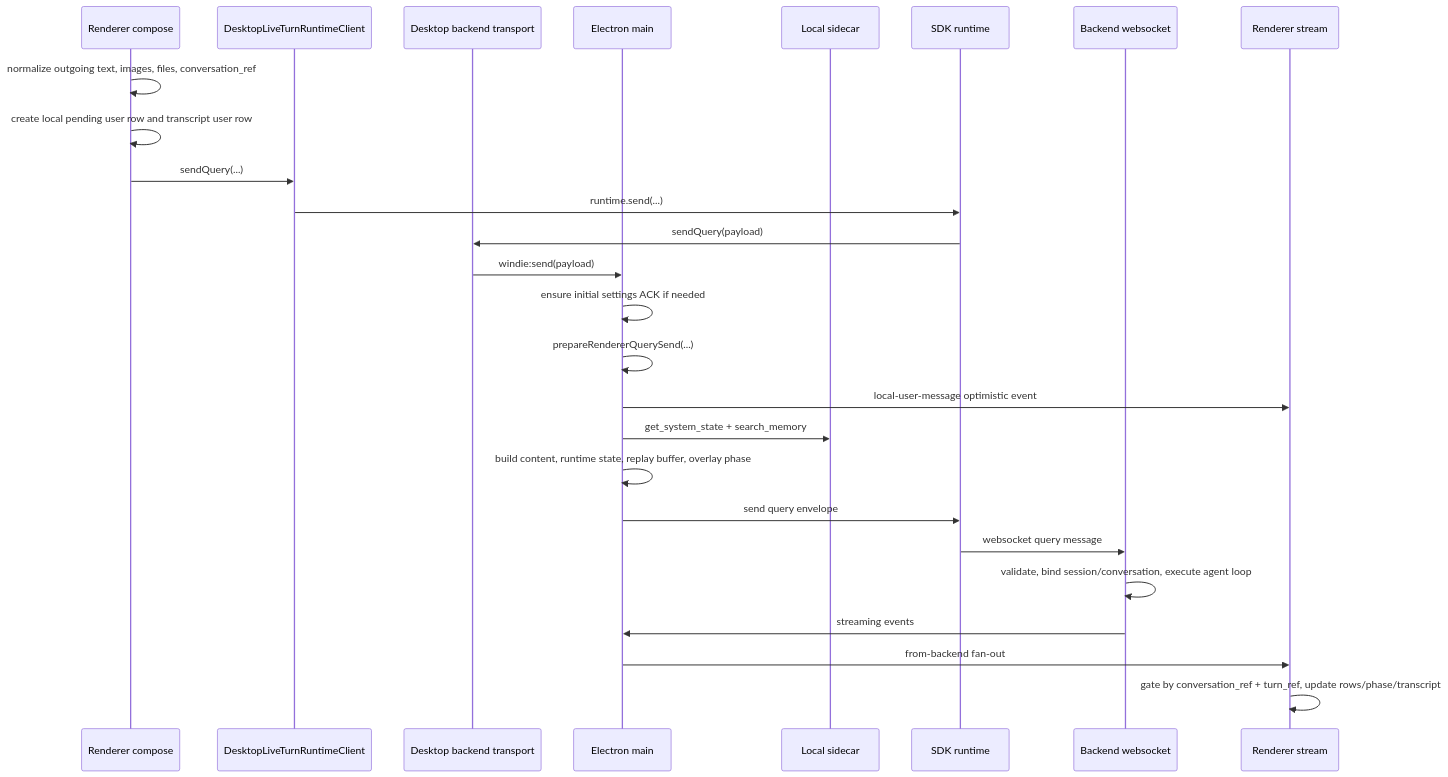
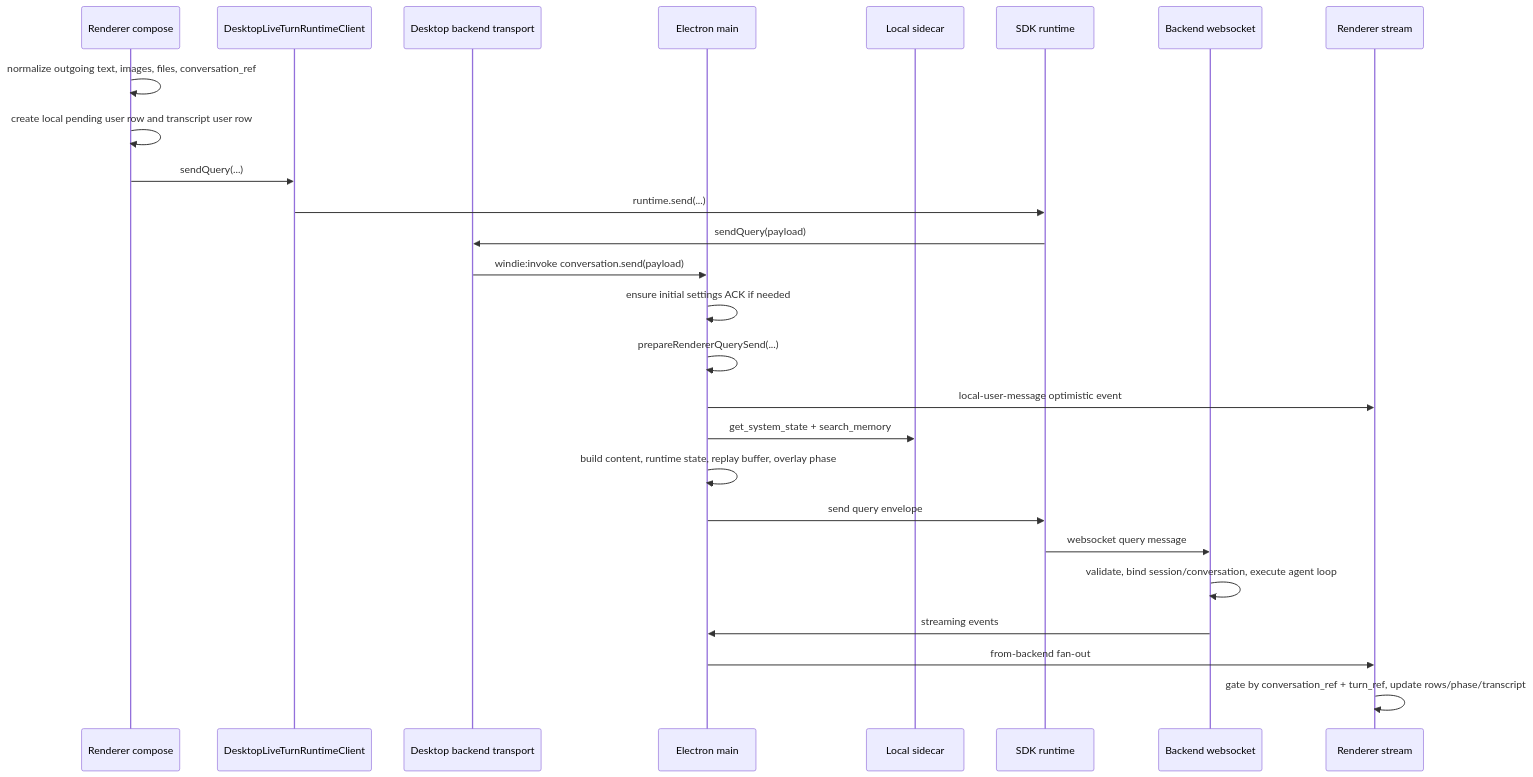
One commit to buiilding/My_Own_OpenClaw changed the diagram in docs/frontend/main/query_send_and_stream_relay_change_workflow.md. Above: the diagram before and after it, drawn with Mermaid. The commit also changed other lines of this file and 23 other files, not shown here.

````diff
--- a/docs/frontend/main/query_send_and_stream_relay_change_workflow.md
+++ b/docs/frontend/main/query_send_and_stream_relay_change_workflow.md
@@ -57,29 +57,29 @@
 ```mermaid
 sequenceDiagram
     participant R as Renderer compose
     participant A as DesktopLiveTurnRuntimeClient
     participant T as Desktop backend transport
     participant M as Electron main
     participant L as Local sidecar
     participant SDK as SDK runtime
     participant B as Backend websocket
     participant S as Renderer stream
 
     R->>R: normalize outgoing text, images, files, conversation_ref
     R->>R: create local pending user row and transcript user row
     R->>A: sendQuery(...)
     A->>SDK: runtime.send(...)
     SDK->>T: sendQuery(payload)
-    T->>M: windie:send(payload)
+    T->>M: windie:invoke conversation.send(payload)
     M->>M: ensure initial settings ACK if needed
     M->>M: prepareRendererQuerySend(...)
     M->>S: local-user-message optimistic event
     M->>L: get_system_state + search_memory
     M->>M: build content, runtime state, replay buffer, overlay phase
     M->>SDK: send query envelope
     SDK->>B: websocket query message
     B->>B: validate, bind session/conversation, execute agent loop
     B->>M: streaming events
     M->>S: from-backend fan-out
     S->>S: gate by conversation_ref + turn_ref, update rows/phase/transcript
 ```
````
